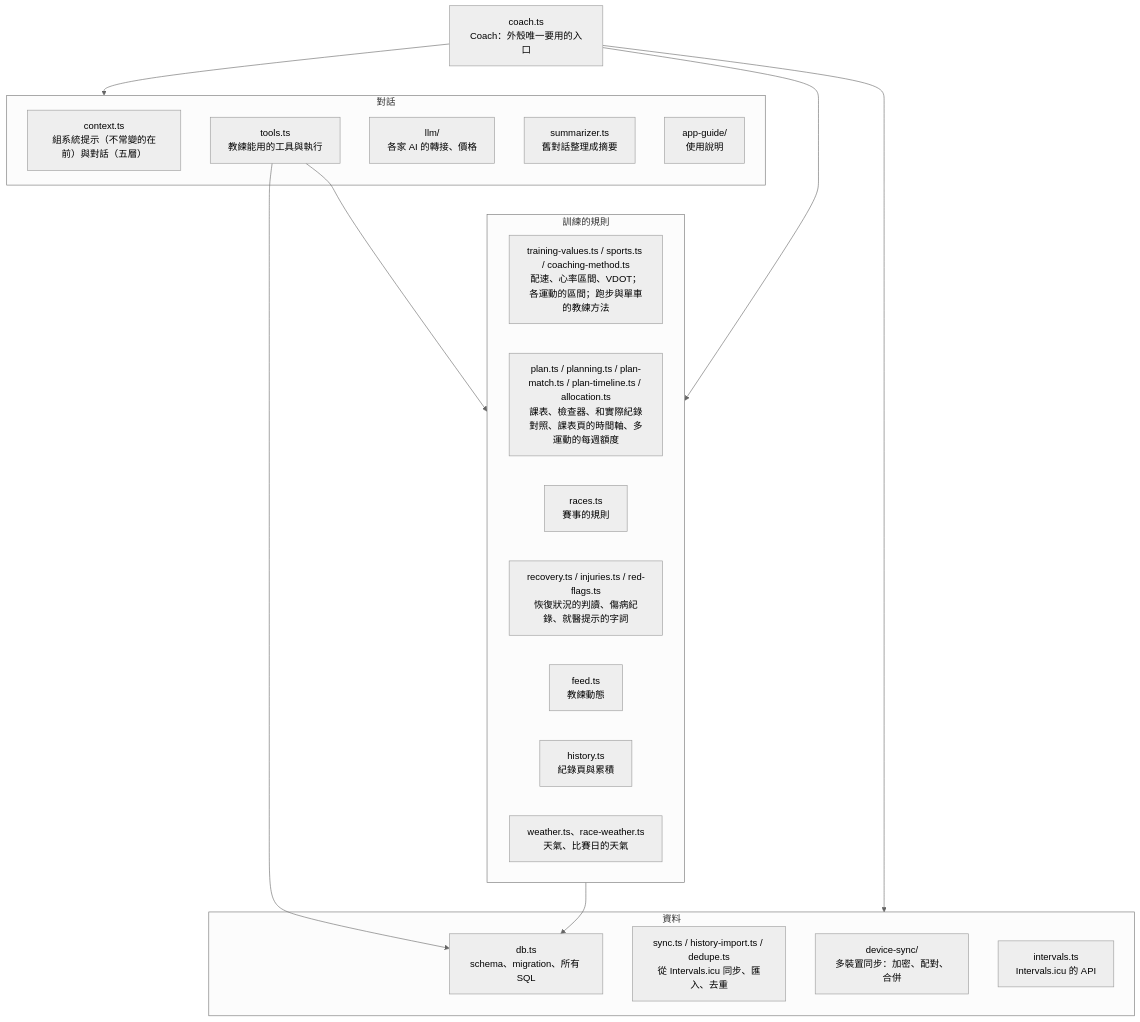
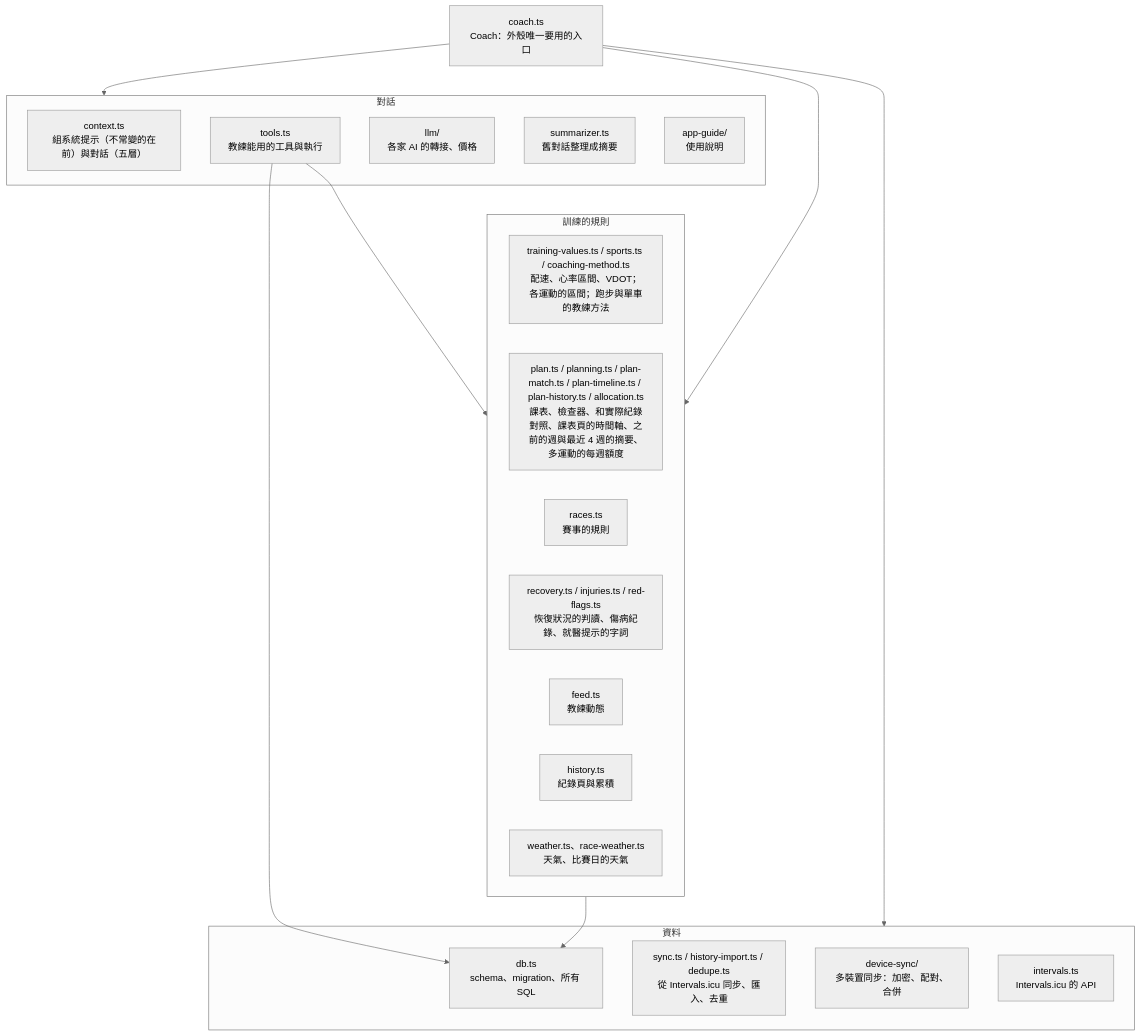
The second of 5 diagrams in doc/architecture.md (williampcs/RunningCoach), drawn with Mermaid (neutral theme) before and after one commit. The commit also changed other lines of this file and 19 other files, not shown here.

````diff
--- a/doc/architecture.md
+++ b/doc/architecture.md
@@ -83,32 +83,32 @@
 ```mermaid
 flowchart TB
   coach["coach.ts<br/>Coach：外殼唯一要用的入口"]
   subgraph talk["對話"]
     context["context.ts<br/>組系統提示（不常變的在前）與對話（五層）"]
     tools["tools.ts<br/>教練能用的工具與執行"]
     llm["llm/<br/>各家 AI 的轉接、價格"]
     summarizer["summarizer.ts<br/>舊對話整理成摘要"]
     guide["app-guide/<br/>使用說明"]
   end
   subgraph domain["訓練的規則"]
     tv["training-values.ts / sports.ts / coaching-method.ts<br/>配速、心率區間、VDOT；各運動的區間；跑步與單車的教練方法"]
-    plan["plan.ts / planning.ts / plan-match.ts / plan-timeline.ts / allocation.ts<br/>課表、檢查器、和實際紀錄對照、課表頁的時間軸、多運動的每週額度"]
+    plan["plan.ts / planning.ts / plan-match.ts / plan-timeline.ts / plan-history.ts / allocation.ts<br/>課表、檢查器、和實際紀錄對照、課表頁的時間軸、之前的週與最近 4 週的摘要、多運動的每週額度"]
     races["races.ts<br/>賽事的規則"]
     recovery["recovery.ts / injuries.ts / red-flags.ts<br/>恢復狀況的判讀、傷病紀錄、就醫提示的字詞"]
     feed["feed.ts<br/>教練動態"]
     history["history.ts<br/>紀錄頁與累積"]
     weather["weather.ts、race-weather.ts<br/>天氣、比賽日的天氣"]
   end
   subgraph data["資料"]
     db["db.ts<br/>schema、migration、所有 SQL"]
     sync["sync.ts / history-import.ts / dedupe.ts<br/>從 Intervals.icu 同步、匯入、去重"]
     ds["device-sync/<br/>多裝置同步：加密、配對、合併"]
     icu["intervals.ts<br/>Intervals.icu 的 API"]
   end
   coach --> talk
   coach --> domain
   coach --> data
   tools --> domain
   tools --> db
   domain --> db
 ```
````
